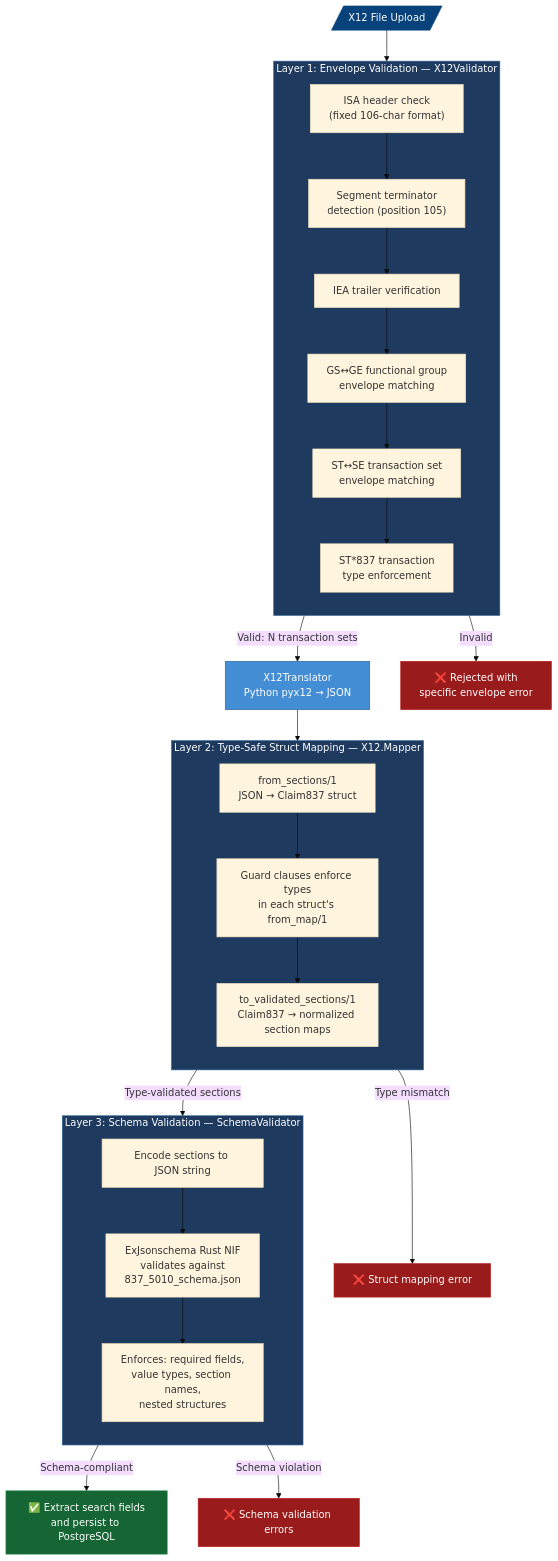
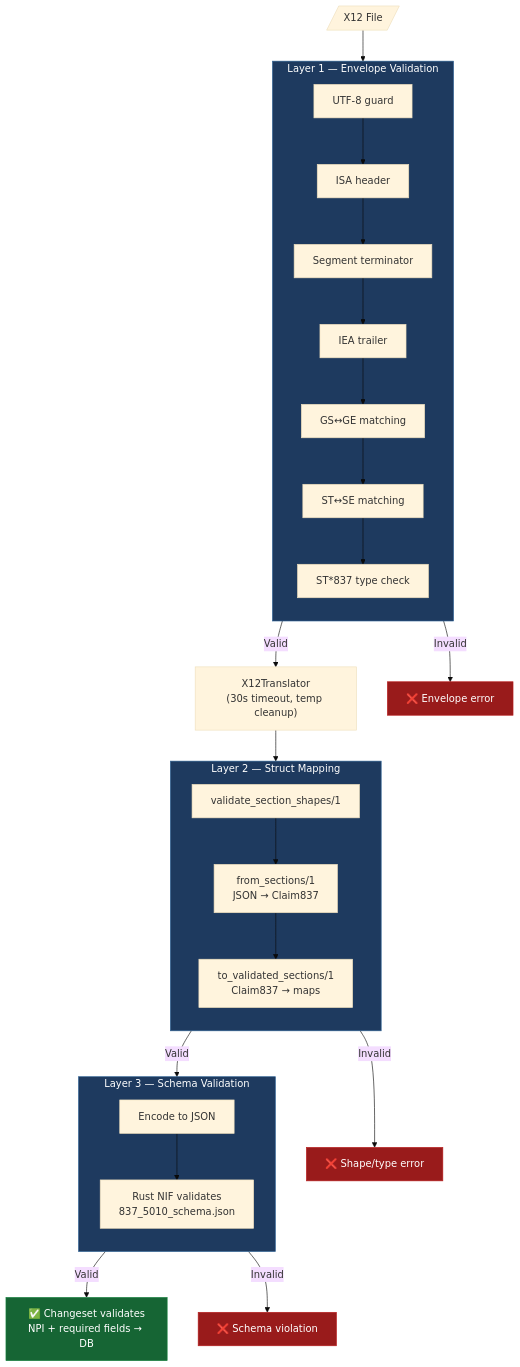
The fourth of 6 diagrams in README.md (nagashi/X12-Claims-Translator-Viewer), drawn with Mermaid (base theme) before and after one commit. The commit also changed other lines of this file, not shown here.

Commit message:
Overhauled Architecture & ran Property based tests

````diff
--- a/README.md
+++ b/README.md
@@ -142,52 +234,41 @@
 ```mermaid
 flowchart TD
-    FILE[/"X12 File Upload"/] --> L1
+    FILE[/"X12 File"/] --> L1
 
-    subgraph L1 ["Layer 1: Envelope Validation — X12Validator"]
+    subgraph L1 ["Layer 1 — Envelope Validation"]
         direction TB
-        L1A["ISA header check<br/>(fixed 106-char format)"]
-        L1B["Segment terminator<br/>detection (position 105)"]
-        L1C["IEA trailer verification"]
-        L1D["GS↔GE functional group<br/>envelope matching"]
-        L1E["ST↔SE transaction set<br/>envelope matching"]
-        L1F["ST*837 transaction<br/>type enforcement"]
-        L1A --> L1B --> L1C --> L1D --> L1E --> L1F
+        L1A["UTF-8 guard"] --> L1B["ISA header"] --> L1C["Segment terminator"]
+        L1C --> L1D["IEA trailer"] --> L1E["GS↔GE matching"]
+        L1E --> L1F["ST↔SE matching"] --> L1G["ST*837 type check"]
     end
 
-    L1 -->|"Valid: N transaction sets"| PARSE["X12Translator<br/>Python pyx12 → JSON"]
-    L1 -->|"Invalid"| REJECT1["❌ Rejected with<br/>specific envelope error"]
+    L1 -->|"Valid"| PARSE["X12Translator<br/>(30s timeout, temp cleanup)"]
+    L1 -->|"Invalid"| R1["❌ Envelope error"]
 
     PARSE --> L2
 
-    subgraph L2 ["Layer 2: Type-Safe Struct Mapping — X12.Mapper"]
+    subgraph L2 ["Layer 2 — Struct Mapping"]
         direction TB
-        L2A["from_sections/1<br/>JSON → Claim837 struct"]
-        L2B["Guard clauses enforce types<br/>in each struct's from_map/1"]
-        L2C["to_validated_sections/1<br/>Claim837 → normalized section maps"]
-        L2A --> L2B --> L2C
+        L2A["validate_section_shapes/1"] --> L2B["from_sections/1<br/>JSON → Claim837"]
+        L2B --> L2C["to_validated_sections/1<br/>Claim837 → maps"]
     end
 
-    L2 -->|"Type-validated sections"| L3
-    L2 -->|"Type mismatch"| REJECT2["❌ Struct mapping error"]
+    L2 -->|"Valid"| L3
+    L2 -->|"Invalid"| R2["❌ Shape/type error"]
 
-    subgraph L3 ["Layer 3: Schema Validation — SchemaValidator"]
+    subgraph L3 ["Layer 3 — Schema Validation"]
         direction TB
-        L3A["Encode sections to JSON string"]
-        L3B["ExJsonschema Rust NIF<br/>validates against<br/>837_5010_schema.json"]
-        L3C["Enforces: required fields,<br/>value types, section names,<br/>nested structures"]
-        L3A --> L3B --> L3C
+        L3A["Encode to JSON"] --> L3B["Rust NIF validates<br/>837_5010_schema.json"]
     end
 
-    L3 -->|"Schema-compliant"| SAVE["✅ Extract search fields<br/>and persist to PostgreSQL"]
-    L3 -->|"Schema violation"| REJECT3["❌ Schema validation errors"]
+    L3 -->|"Valid"| SAVE["✅ Changeset validates<br/>NPI + required fields → DB"]
+    L3 -->|"Invalid"| R3["❌ Schema violation"]
 
     style L1 fill:#1e3a5f,color:#fff,stroke:#2e6295
     style L2 fill:#1e3a5f,color:#fff,stroke:#2e6295
     style L3 fill:#1e3a5f,color:#fff,stroke:#2e6295
-    style FILE fill:#08427b,color:#fff,stroke:#08427b
-    style PARSE fill:#438dd5,color:#fff,stroke:#2e6295
     style SAVE fill:#166534,color:#fff,stroke:#15803d
-    style REJECT1 fill:#991b1b,color:#fff,stroke:#b91c1c
-    style REJECT2 fill:#991b1b,color:#fff,stroke:#b91c1c
-    style REJECT3 fill:#991b1b,color:#fff,stroke:#b91c1c
+    style R1 fill:#991b1b,color:#fff,stroke:#b91c1c
+    style R2 fill:#991b1b,color:#fff,stroke:#b91c1c
+    style R3 fill:#991b1b,color:#fff,stroke:#b91c1c
 ```
````
